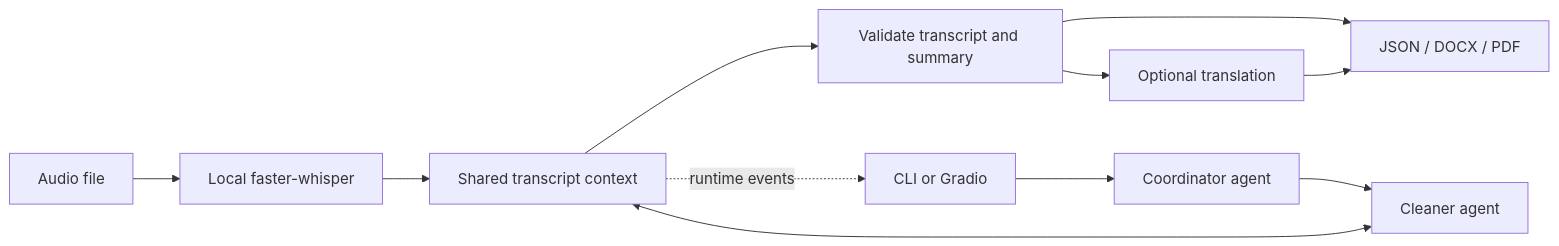
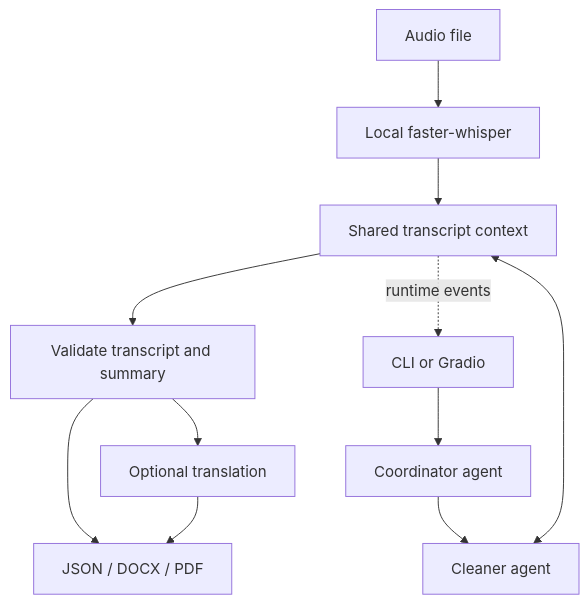
The diagram in README.md (jimmy19981226/ai-audio-transcriber), drawn with Mermaid before and after one commit. The commit also changed other lines of this file, not shown here.

Commit message:
Refine README diagrams and project presentation

````diff
--- a/README.md
+++ b/README.md
@@ -34,13 +34,13 @@
 ```mermaid
-flowchart LR
+flowchart TB
     A[Audio file] --> W[Local faster-whisper]
     W --> C[Shared transcript context]
     U[CLI or Gradio] --> R[Coordinator agent]
     R --> L[Cleaner agent]
     L <--> C
     C --> V[Validate transcript and summary]
     V --> E[JSON / DOCX / PDF]
     V --> T[Optional translation]
     T --> E
     C -. runtime events .-> U
 ```
````
